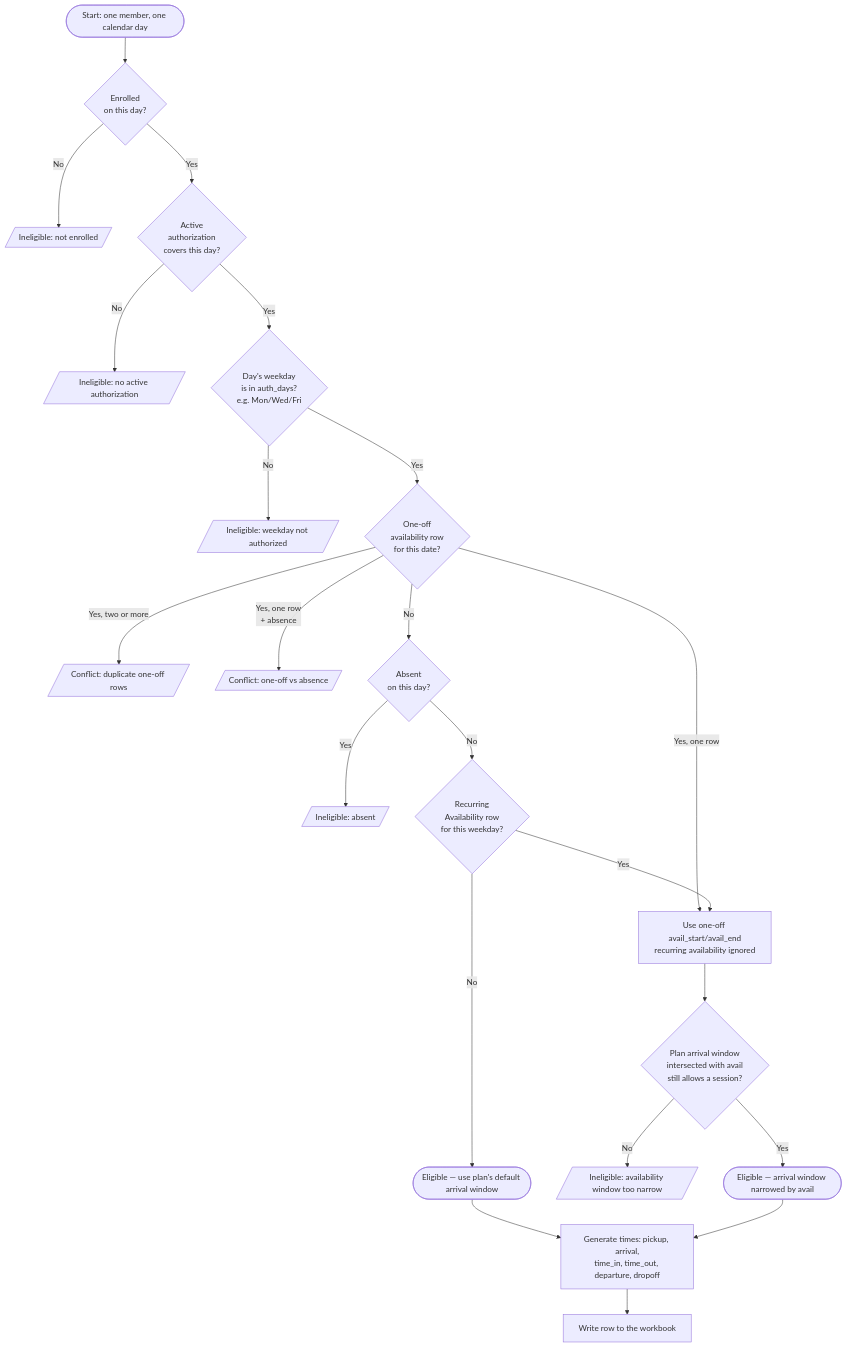
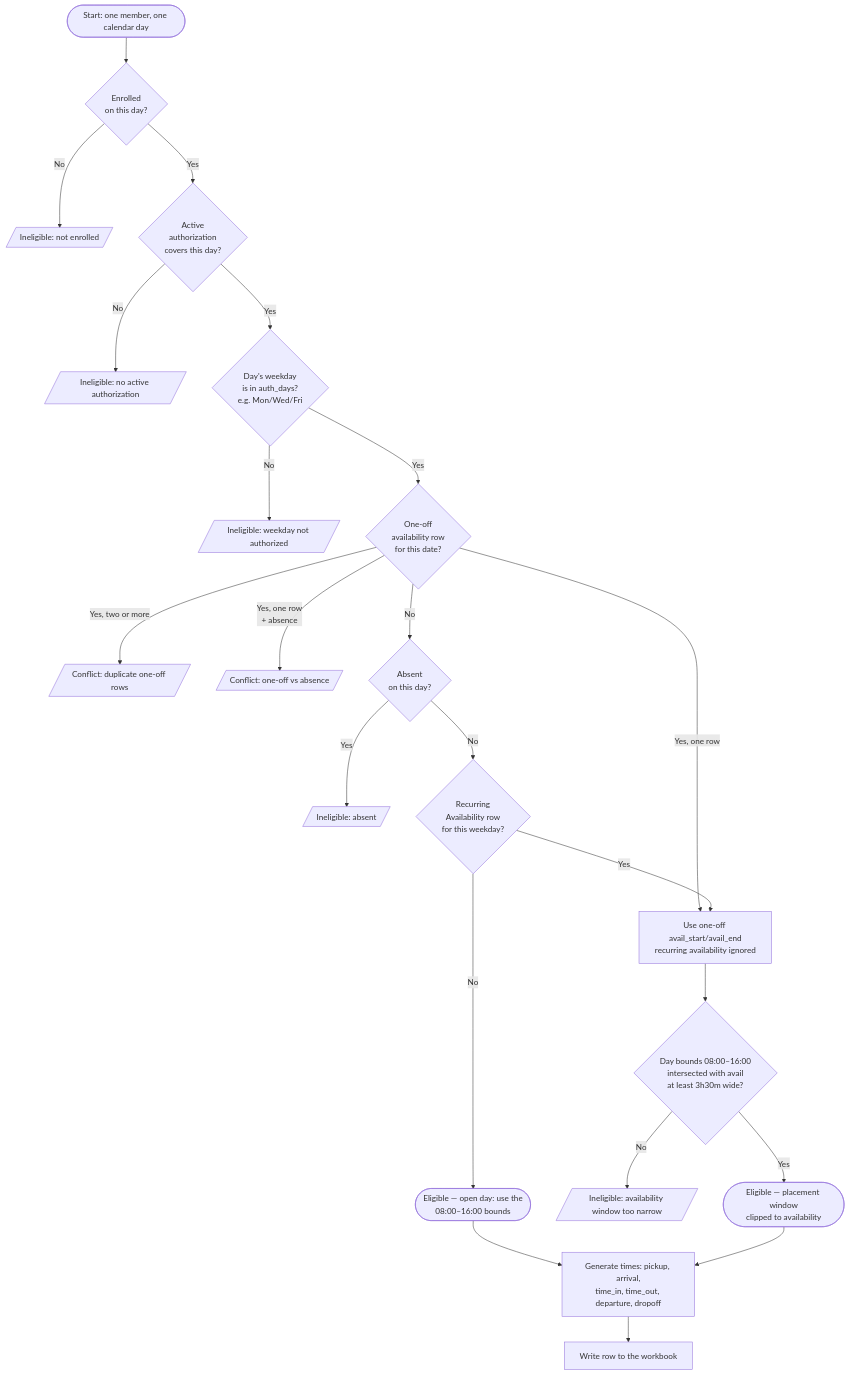
One commit to al1168/BSCA changed the diagram in docs/scheduling-flow.md. Above: the diagram before and after it, drawn with Mermaid. The commit also changed other lines of this file and 46 other files, not shown here.

````diff
--- a/docs/scheduling-flow.md
+++ b/docs/scheduling-flow.md
@@ -14,25 +14,25 @@
 ```mermaid
 flowchart TD
     A([Start: one member, one calendar day]) --> B{Enrolled<br/>on this day?}
     B -- No --> X1[/Ineligible: not enrolled/]
     B -- Yes --> C{Active<br/>authorization<br/>covers this day?}
     C -- No --> X2[/Ineligible: no active authorization/]
     C -- Yes --> D{Day's weekday<br/>is in auth_days?<br/>e.g. Mon/Wed/Fri}
     D -- No --> X3[/Ineligible: weekday not authorized/]
     D -- Yes --> E{One-off<br/>availability row<br/>for this date?}
     E -- "Yes, two or more" --> X4[/Conflict: duplicate one-off rows/]
     E -- "Yes, one row<br/>+ absence" --> X5[/Conflict: one-off vs absence/]
     E -- "Yes, one row" --> H[Use one-off avail_start/avail_end<br/>recurring availability ignored]
     E -- No --> F{Absent<br/>on this day?}
     F -- Yes --> X6[/Ineligible: absent/]
     F -- No --> G{Recurring<br/>Availability row<br/>for this weekday?}
-    G -- No --> Y1([Eligible — use plan's default arrival window])
+    G -- No --> Y1([Eligible — open day: use the<br/>08:00–16:00 bounds])
     G -- Yes --> H
-    H --> I{Plan arrival window<br/>intersected with avail<br/>still allows a session?}
+    H --> I{Day bounds 08:00–16:00<br/>intersected with avail<br/>at least 3h30m wide?}
     I -- No --> X7[/Ineligible: availability window too narrow/]
-    I -- Yes --> Y2([Eligible — arrival window narrowed by avail])
+    I -- Yes --> Y2([Eligible — placement window<br/>clipped to availability])
 
     Y1 --> Z[Generate times: pickup, arrival,<br/>time_in, time_out, departure, dropoff]
     Y2 --> Z
     Z --> ZA[Write row to the workbook]
 ```
````
